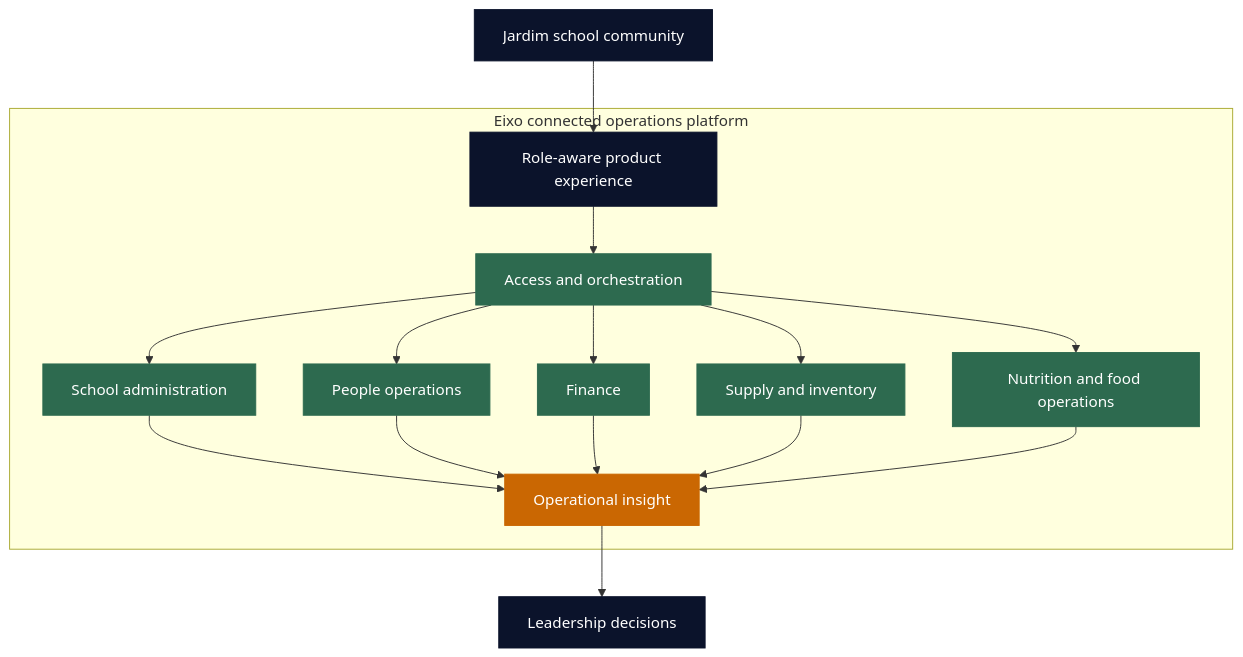
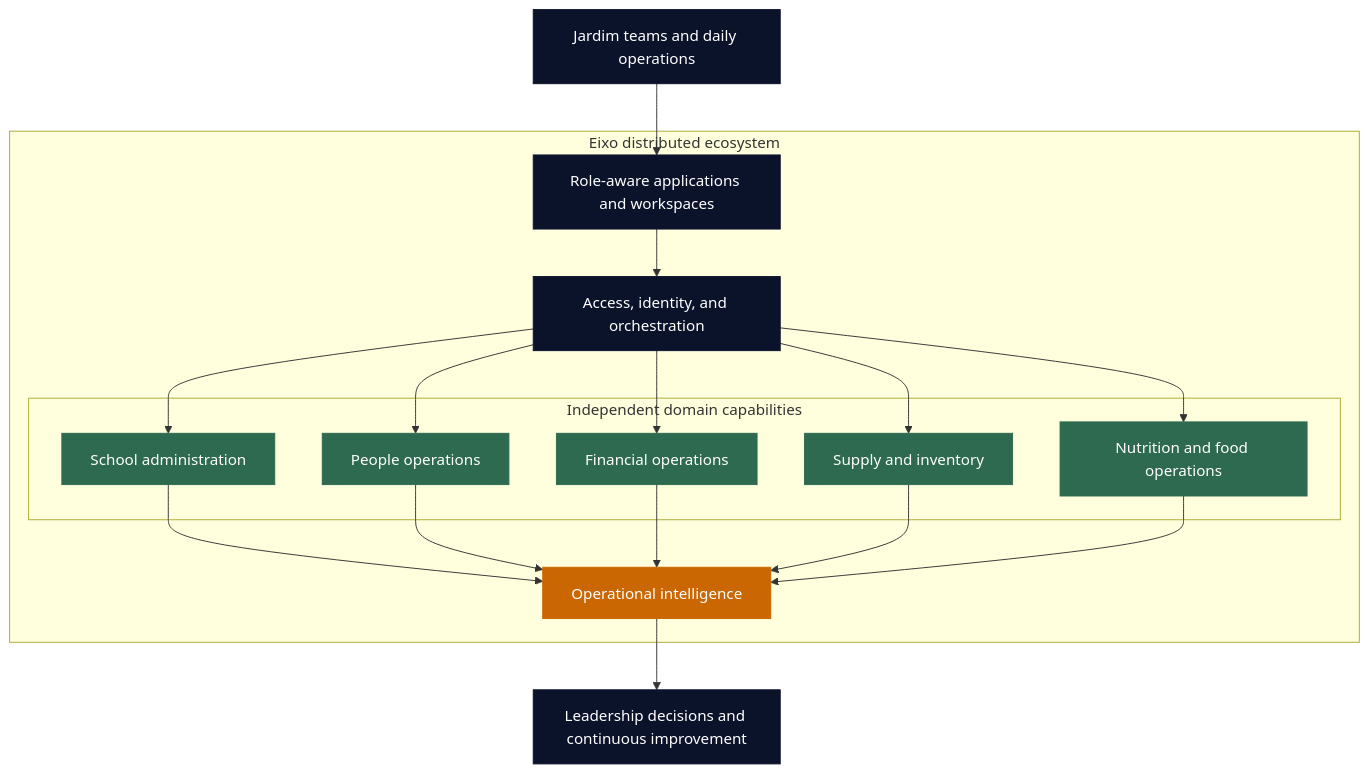
One commit to maykonlincolnusa/Eixo-jardim-ERP changed the diagram in README.md. Above: the diagram before and after it, drawn with Mermaid. The commit also changed other lines of this file and 1 other file, not shown here.

Commit message:
docs: position Eixo as distributed ecosystem

````diff
--- a/README.md
+++ b/README.md
@@ -57,28 +47,38 @@
 ```mermaid
 flowchart TB
-    C["Jardim school community"] --> X["Role-aware product experience"]
+    T["Jardim teams and daily operations"] --> X["Role-aware applications and workspaces"]
 
-    subgraph E["Eixo connected operations platform"]
-      X --> G["Access and orchestration"]
-      G --> A["School administration"]
-      G --> P["People operations"]
-      G --> F["Finance"]
-      G --> S["Supply and inventory"]
-      G --> N["Nutrition and food operations"]
-      A --> I["Operational insight"]
+    subgraph E["Eixo distributed ecosystem"]
+      X --> G["Access, identity, and orchestration"]
+
+      subgraph D["Independent domain capabilities"]
+        A["School administration"]
+        P["People operations"]
+        F["Financial operations"]
+        S["Supply and inventory"]
+        N["Nutrition and food operations"]
+      end
+
+      G --> A
+      G --> P
+      G --> F
+      G --> S
+      G --> N
+
+      A --> I["Operational intelligence"]
       P --> I
       F --> I
       S --> I
       N --> I
     end
 
-    I --> L["Leadership decisions"]
+    I --> L["Leadership decisions and continuous improvement"]
 
     classDef foundation fill:#0B132B,stroke:#0B132B,color:#FFFFFF
     classDef domain fill:#2D6A4F,stroke:#2D6A4F,color:#FFFFFF
     classDef insight fill:#CA6702,stroke:#CA6702,color:#FFFFFF
 
-    class C,X,L foundation
-    class G,A,P,F,S,N domain
+    class T,X,G,L foundation
+    class A,P,F,S,N domain
     class I insight
 ```
````
